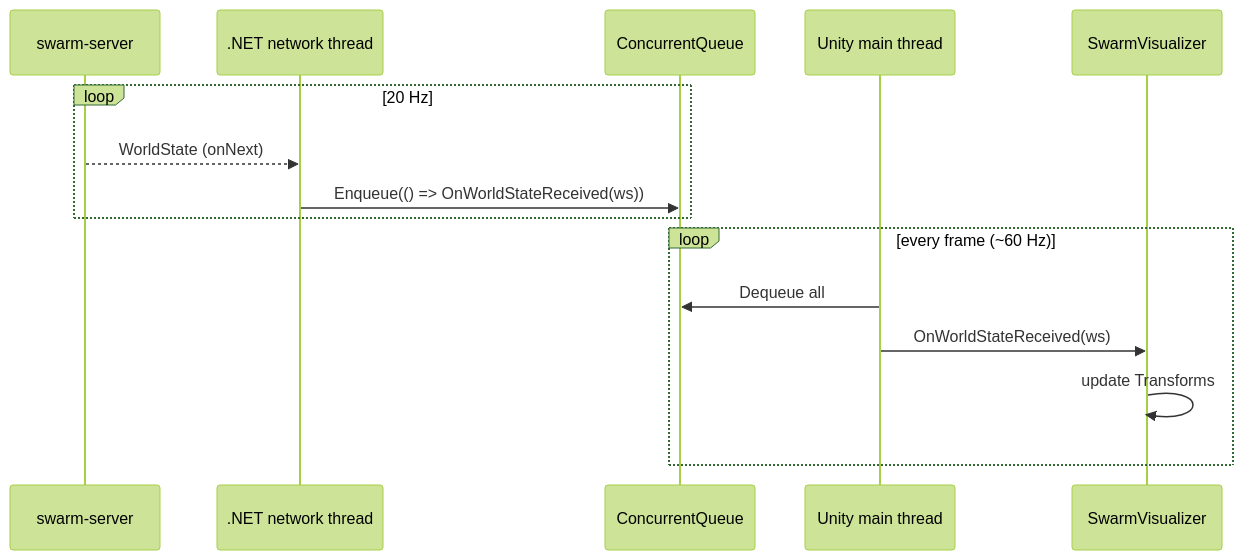
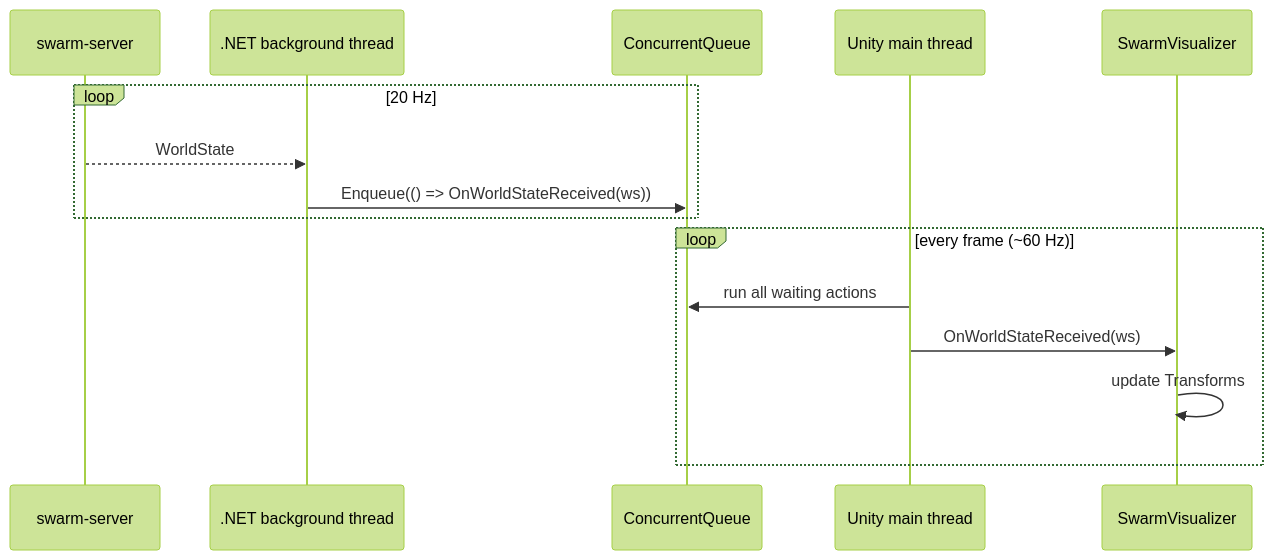
The fourth of 4 diagrams in docs/architecture.md (gakkel-labs/swarm-simulator), drawn with Mermaid (forest theme) before and after one commit. The commit also changed other lines of this file and 8 other files, not shown here.

Commit message:
docs: align architecture, Boids rules, gRPC contract and Unity guide with the code (#149)

````diff
--- a/docs/architecture.md
+++ b/docs/architecture.md
@@ -214,19 +258,19 @@
 ```mermaid
 sequenceDiagram
     participant Server as swarm-server
-    participant Net as .NET network thread
+    participant Net as .NET background thread
     participant Queue as ConcurrentQueue
     participant Main as Unity main thread
     participant Viz as SwarmVisualizer
 
     loop 20 Hz
-        Server-->>Net: WorldState (onNext)
+        Server-->>Net: WorldState
         Net->>Queue: Enqueue(() => OnWorldStateReceived(ws))
     end
 
     loop every frame (~60 Hz)
-        Main->>Queue: Dequeue all
+        Main->>Queue: run all waiting actions
         Main->>Viz: OnWorldStateReceived(ws)
         Viz->>Viz: update Transforms
     end
 ```
````
